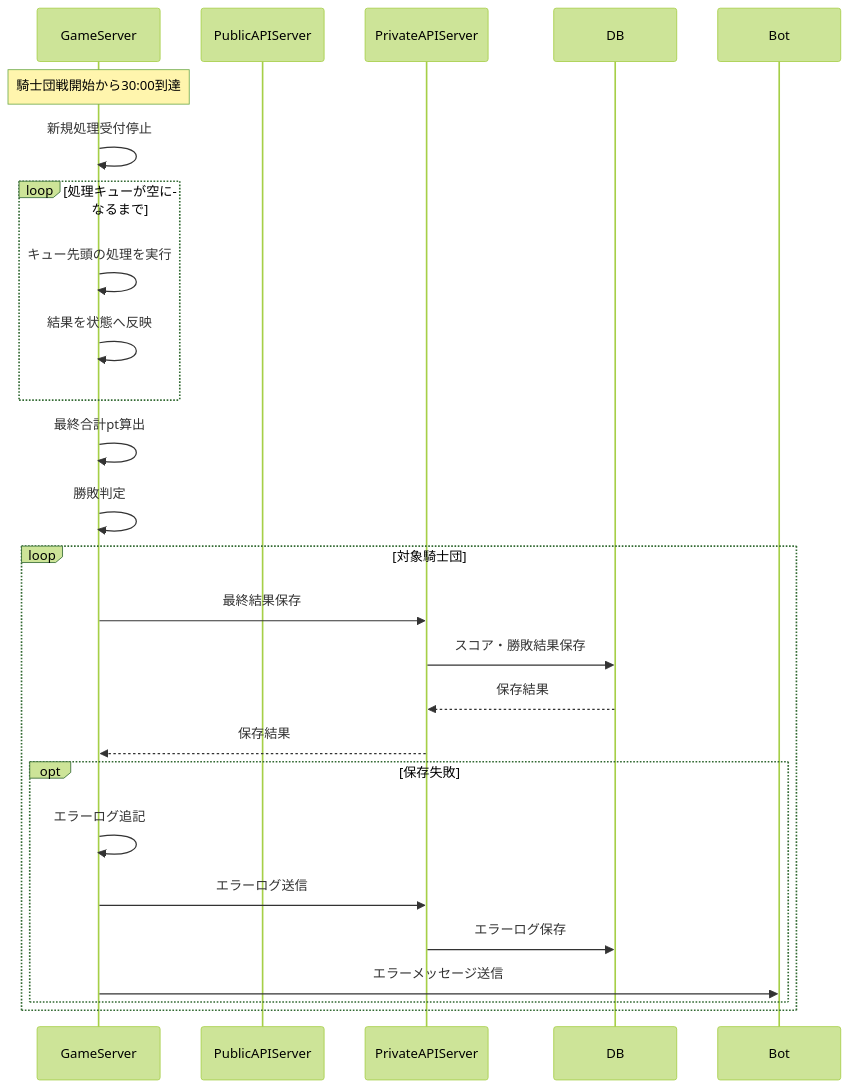
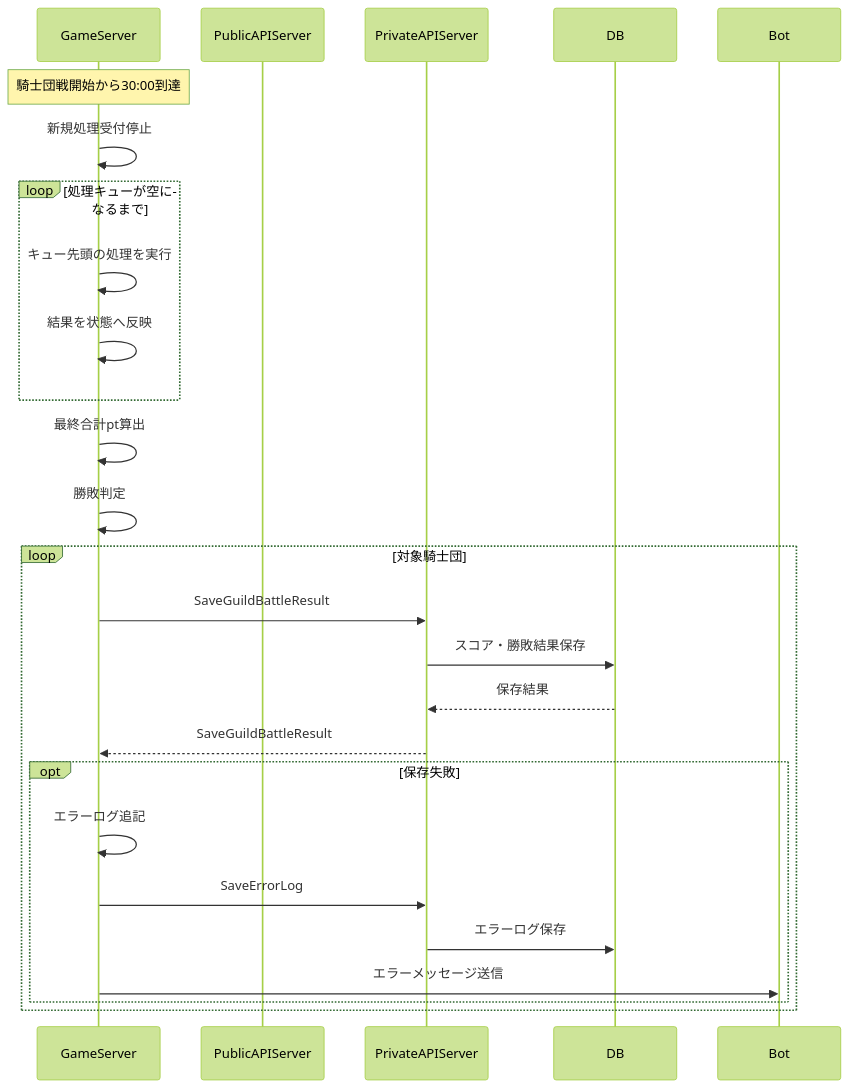
Diagram 17 of 17 in guild_battle.md (ReHydrangeaOdyssey/Specifications), drawn with Mermaid (forest theme) before and after one commit. The commit also changed other lines of this file and 15 other files, not shown here.

````diff
--- a/guild_battle.md
+++ b/guild_battle.md
@@ -979,34 +999,34 @@
 ```mermaid
 sequenceDiagram
     participant GameServer
     participant PublicAPIServer
     participant PrivateAPIServer
     participant DB
     participant Bot
 
     Note over GameServer: 騎士団戦開始から30:00到達
 
     GameServer->>GameServer: 新規処理受付停止
 
     loop 処理キューが空になるまで
         GameServer->>GameServer: キュー先頭の処理を実行
         GameServer->>GameServer: 結果を状態へ反映
     end
 
     GameServer->>GameServer: 最終合計pt算出
     GameServer->>GameServer: 勝敗判定
 
     loop 対象騎士団
-        GameServer->>PrivateAPIServer: 最終結果保存
+        GameServer->>PrivateAPIServer: SaveGuildBattleResult
         PrivateAPIServer->>DB: スコア・勝敗結果保存
         DB-->>PrivateAPIServer: 保存結果
-        PrivateAPIServer-->>GameServer: 保存結果
+        PrivateAPIServer-->>GameServer: SaveGuildBattleResult
 
         opt 保存失敗
             GameServer->>GameServer: エラーログ追記
-            GameServer->>PrivateAPIServer: エラーログ送信
+            GameServer->>PrivateAPIServer: SaveErrorLog
             PrivateAPIServer->>DB: エラーログ保存
             GameServer->>Bot: エラーメッセージ送信
         end
     end
 ```
````
